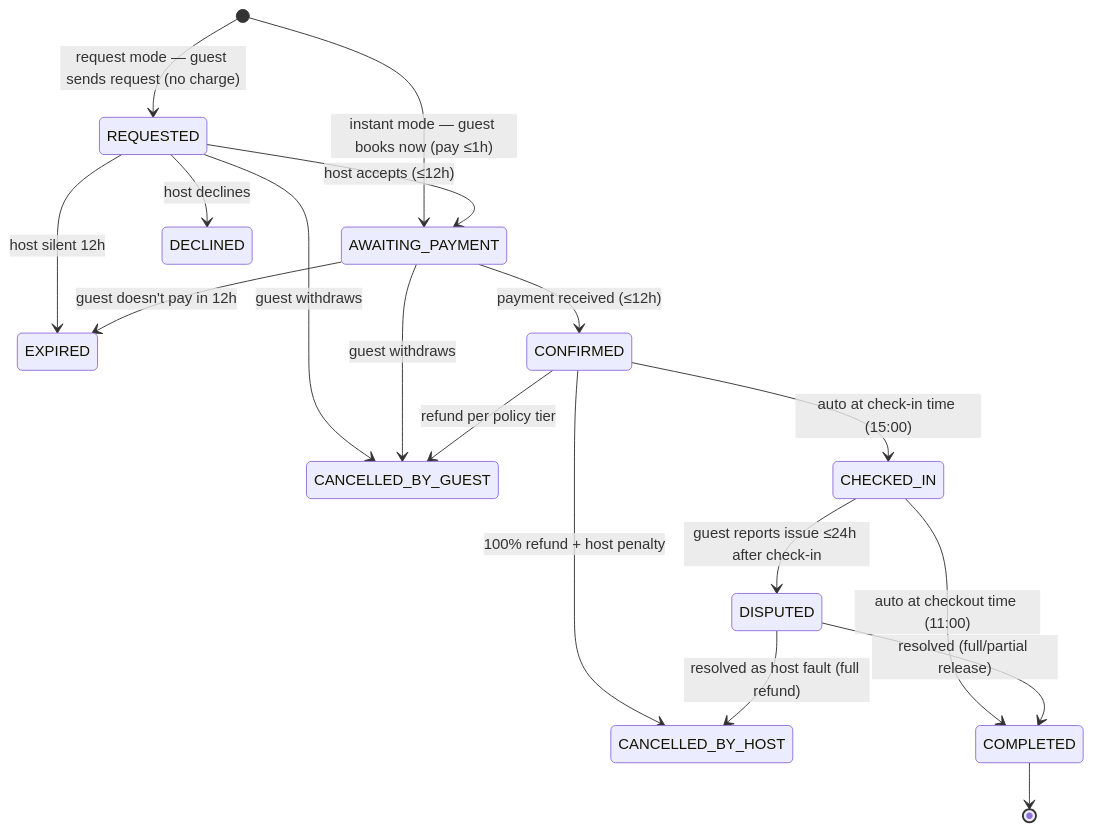
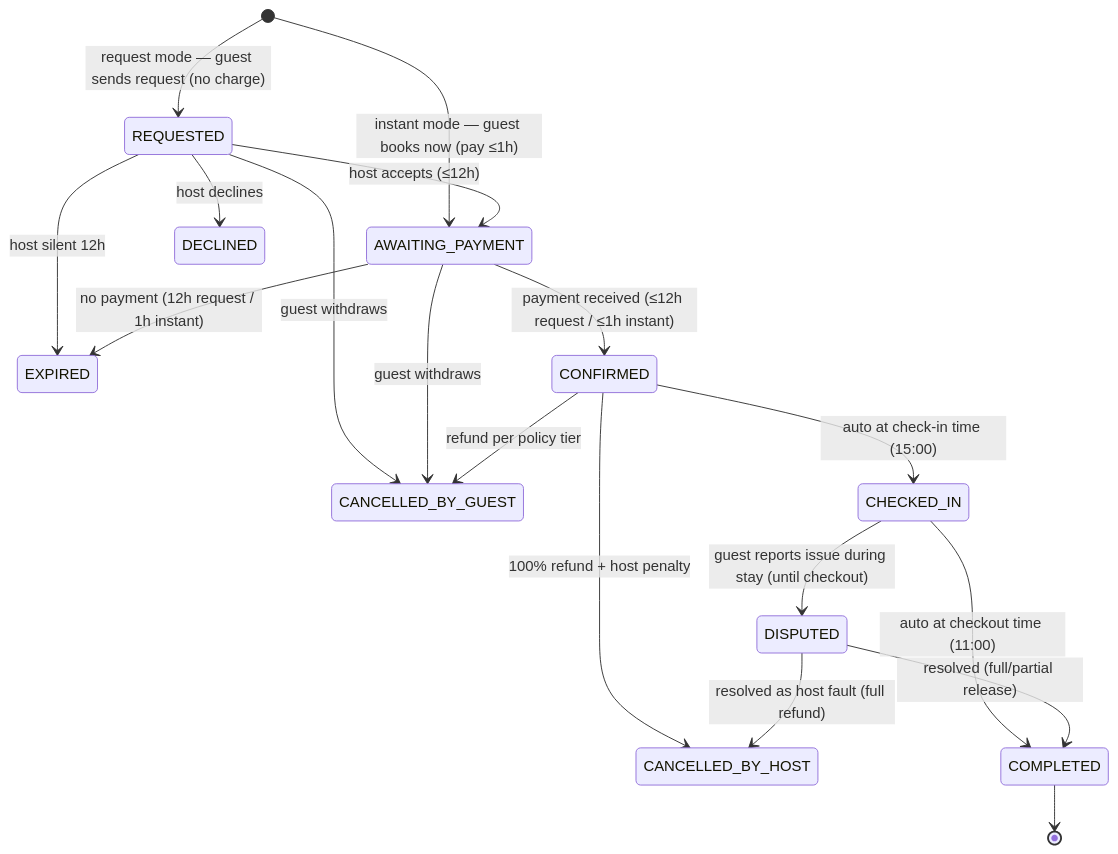
One commit to Web-URest/URest changed the first of 3 diagrams in PRODUCT_FLOWS.md. Above: the diagram before and after it, drawn with Mermaid. The commit also changed other lines of this file and 33 other files, not shown here.

````diff
--- a/PRODUCT_FLOWS.md
+++ b/PRODUCT_FLOWS.md
@@ -37,20 +37,20 @@
 ```mermaid
 stateDiagram-v2
     [*] --> REQUESTED : request mode — guest sends request (no charge)
     [*] --> AWAITING_PAYMENT : instant mode — guest books now (pay ≤1h)
     REQUESTED --> AWAITING_PAYMENT : host accepts (≤12h)
     REQUESTED --> DECLINED : host declines
     REQUESTED --> EXPIRED : host silent 12h
     REQUESTED --> CANCELLED_BY_GUEST : guest withdraws
-    AWAITING_PAYMENT --> CONFIRMED : payment received (≤12h)
-    AWAITING_PAYMENT --> EXPIRED : guest doesn't pay in 12h
+    AWAITING_PAYMENT --> CONFIRMED : payment received (≤12h request / ≤1h instant)
+    AWAITING_PAYMENT --> EXPIRED : no payment (12h request / 1h instant)
     AWAITING_PAYMENT --> CANCELLED_BY_GUEST : guest withdraws
     CONFIRMED --> CHECKED_IN : auto at check-in time (15:00)
     CONFIRMED --> CANCELLED_BY_GUEST : refund per policy tier
     CONFIRMED --> CANCELLED_BY_HOST : 100% refund + host penalty
     CHECKED_IN --> COMPLETED : auto at checkout time (11:00)
-    CHECKED_IN --> DISPUTED : guest reports issue ≤24h after check-in
+    CHECKED_IN --> DISPUTED : guest reports issue during stay (until checkout)
     DISPUTED --> COMPLETED : resolved (full/partial release)
     DISPUTED --> CANCELLED_BY_HOST : resolved as host fault (full refund)
     COMPLETED --> [*]
 ```
````
